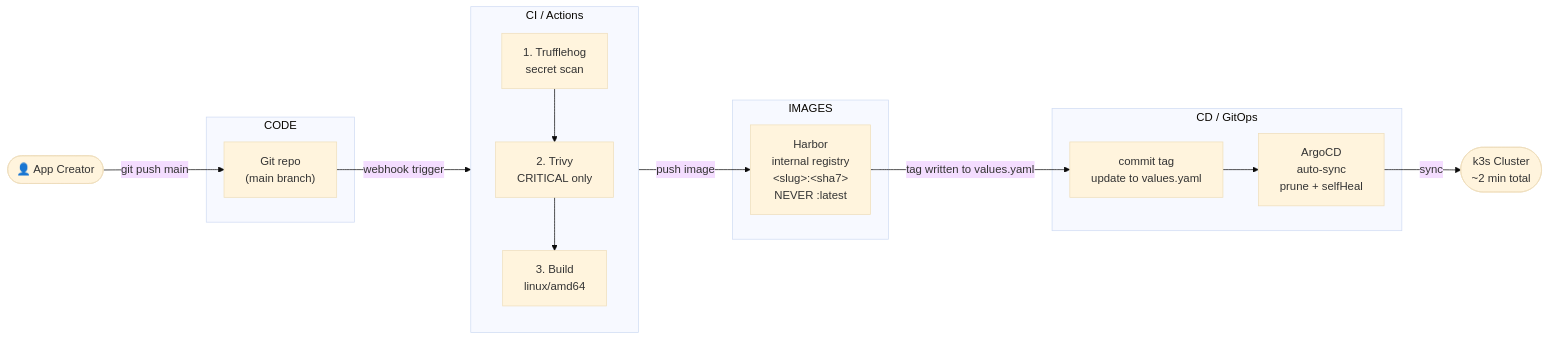
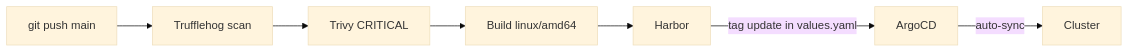
Before and after one commit to lorenzogirardi/website: the fifth of 6 diagrams in content/posts/ai-agentic-development-changes-who-builds-software-and-thats-an-infrastructure-problem.md, drawn with Mermaid (base theme). The commit also changed other lines of this file, not shown here.

````diff
--- a/content/posts/ai-agentic-development-changes-who-builds-software-and-thats-an-infrastructure-problem.md
+++ b/content/posts/ai-agentic-development-changes-who-builds-software-and-thats-an-infrastructure-problem.md
@@ -996,33 +873,9 @@
 ```mermaid
 flowchart LR
-    dev(["👤 App Creator"])
-
-    subgraph git["CODE"]
-        repo["Git repo<br/>(main branch)"]
-    end
-
-    subgraph ci["CI / Actions"]
-        direction TB
-        t1["1. Trufflehog<br/>secret scan"]
-        t2["2. Trivy<br/>CRITICAL only"]
-        t3["3. Build<br/>linux/amd64"]
-        t1 --> t2 --> t3
-    end
-
-    subgraph reg["IMAGES"]
-        harbor["Harbor<br/>internal registry<br/>&lt;slug&gt;:&lt;sha7&gt;<br/>NEVER :latest"]
-    end
-
-    subgraph cd["CD / GitOps"]
-        tag["commit tag<br/>update to values.yaml"]
-        argocd["ArgoCD<br/>auto-sync<br/>prune + selfHeal"]
-        tag --> argocd
-    end
-
-    dev -->|"git push main"| repo
-    repo -->|"webhook trigger"| ci
-    t3 -->|"push image"| harbor
-    harbor -->|"tag written to values.yaml"| tag
-    argocd -->|"sync"| cluster(["k3s Cluster<br/>~2 min total"])
-
+    dev["git push main"] --> secret-scan
+    secret-scan["Trufflehog scan"] --> vuln-scan
+    vuln-scan["Trivy CRITICAL"] --> build
+    build["Build linux/amd64"] --> Harbor
+    Harbor -->|"tag update in values.yaml"| ArgoCD
+    ArgoCD -->|"auto-sync"| Cluster
 ```
````
